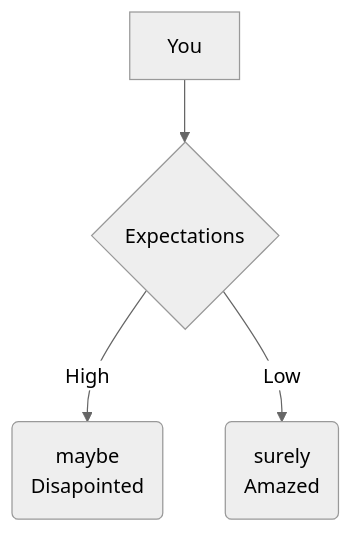
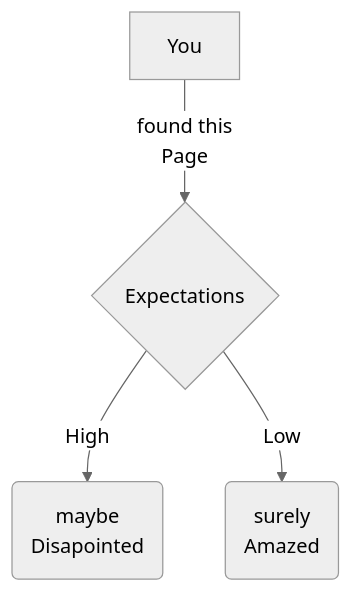
The diagram in docs/index.md (Mauwii/django_devops), drawn with Mermaid (neutral theme) before and after one commit. The commit also changed other lines of this file and 1 other file, not shown here.

````diff
--- a/docs/index.md
+++ b/docs/index.md
@@ -18,6 +26,6 @@
 ```mermaid
 graph TD
-  You[You] --> expectation{Expectations}
+  You[You] -->|found this<br>Page| expectation{Expectations}
   expectation{Expectations} -->|High| Disapointed(maybe<br>Disapointed)
   expectation{Expectations} -->|Low| Amazed(surely<br>Amazed)
 ```
````
